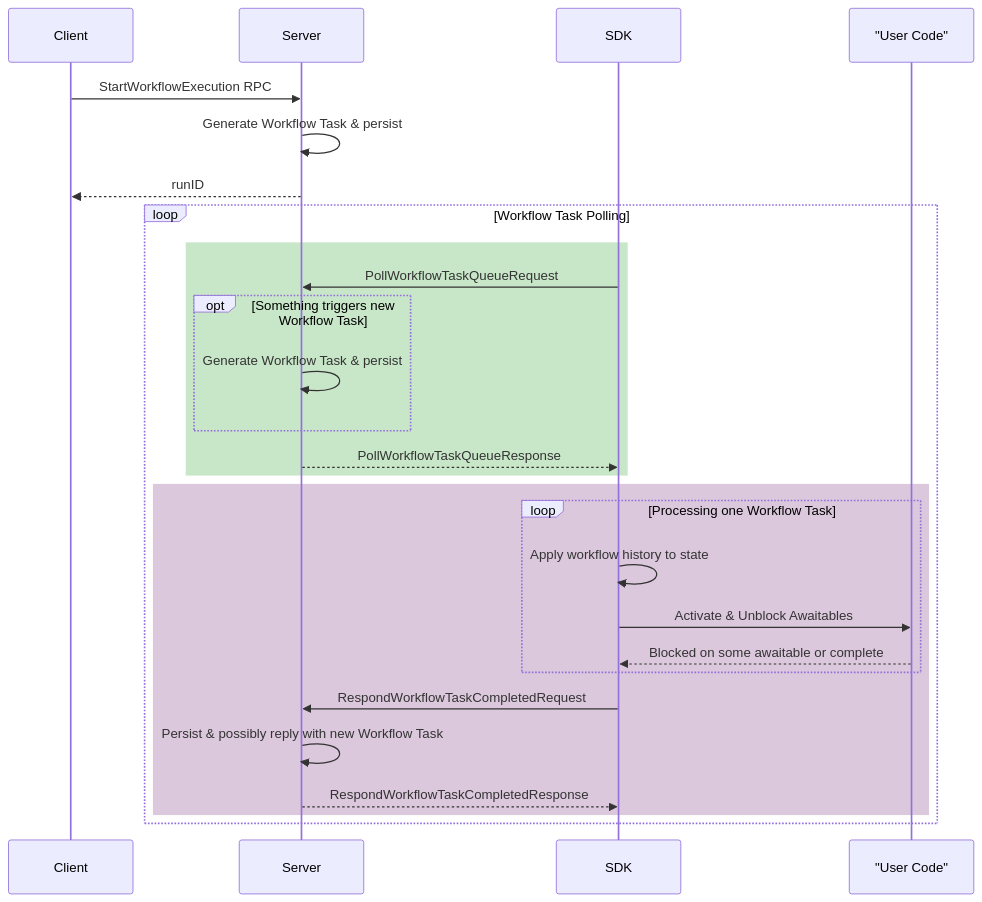
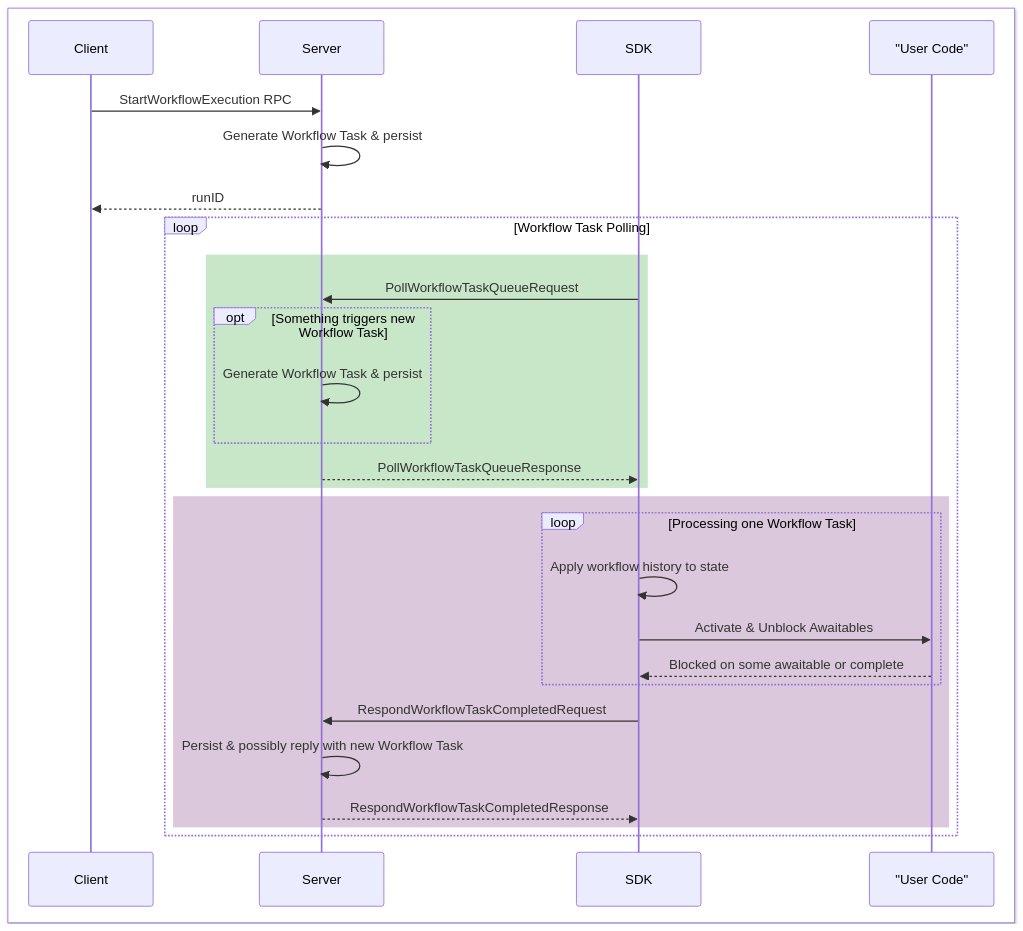
Before and after one commit to temporalio/sdk-core: the diagram in arch_docs/sdks_intro.md, drawn with Mermaid.

Commit message:
This works, dumb, but works.

````diff
--- a/arch_docs/sdks_intro.md
+++ b/arch_docs/sdks_intro.md
@@ -119,36 +119,36 @@
 ```mermaid
-%%{ init :
-{"theme" : "default", "themeVariables" : { "background" : "#fff" }},
-{'themeCSS': 'svg {background: white;}'
-}%%
+%%{ init : { "theme" : "default", "themeVariables" : { "background" : "#fff" }}}%%
 sequenceDiagram
-    participant Client
-    participant Server
-    participant SDK
-    participant UserCode as "User Code"
+    box rgb(255, 255, 255)
+      participant Client
+      participant Server
+      participant SDK
+      participant UserCode as "User Code"
+    end
+
     Client ->> Server: StartWorkflowExecution RPC
     Server ->> Server: Generate Workflow Task & persist
     Server -->> Client: runID
 
     loop Workflow Task Polling
         rect rgb(200, 230, 200)
             SDK ->> Server: PollWorkflowTaskQueueRequest
             opt Something triggers new Workflow Task
                 Server ->> Server: Generate Workflow Task & persist
             end
             Server -->> SDK: PollWorkflowTaskQueueResponse
         end
 
         rect rgb(220, 200, 220)
             loop Processing one Workflow Task
                 SDK ->> SDK: Apply workflow history to state
                 SDK ->> UserCode: Activate & Unblock Awaitables
                 UserCode -->> SDK: Blocked on some awaitable or complete
             end
 
             SDK ->> Server: RespondWorkflowTaskCompletedRequest
             Server ->> Server: Persist & possibly reply with new Workflow Task
             Server -->> SDK: RespondWorkflowTaskCompletedResponse
         end
     end
 ```
````
